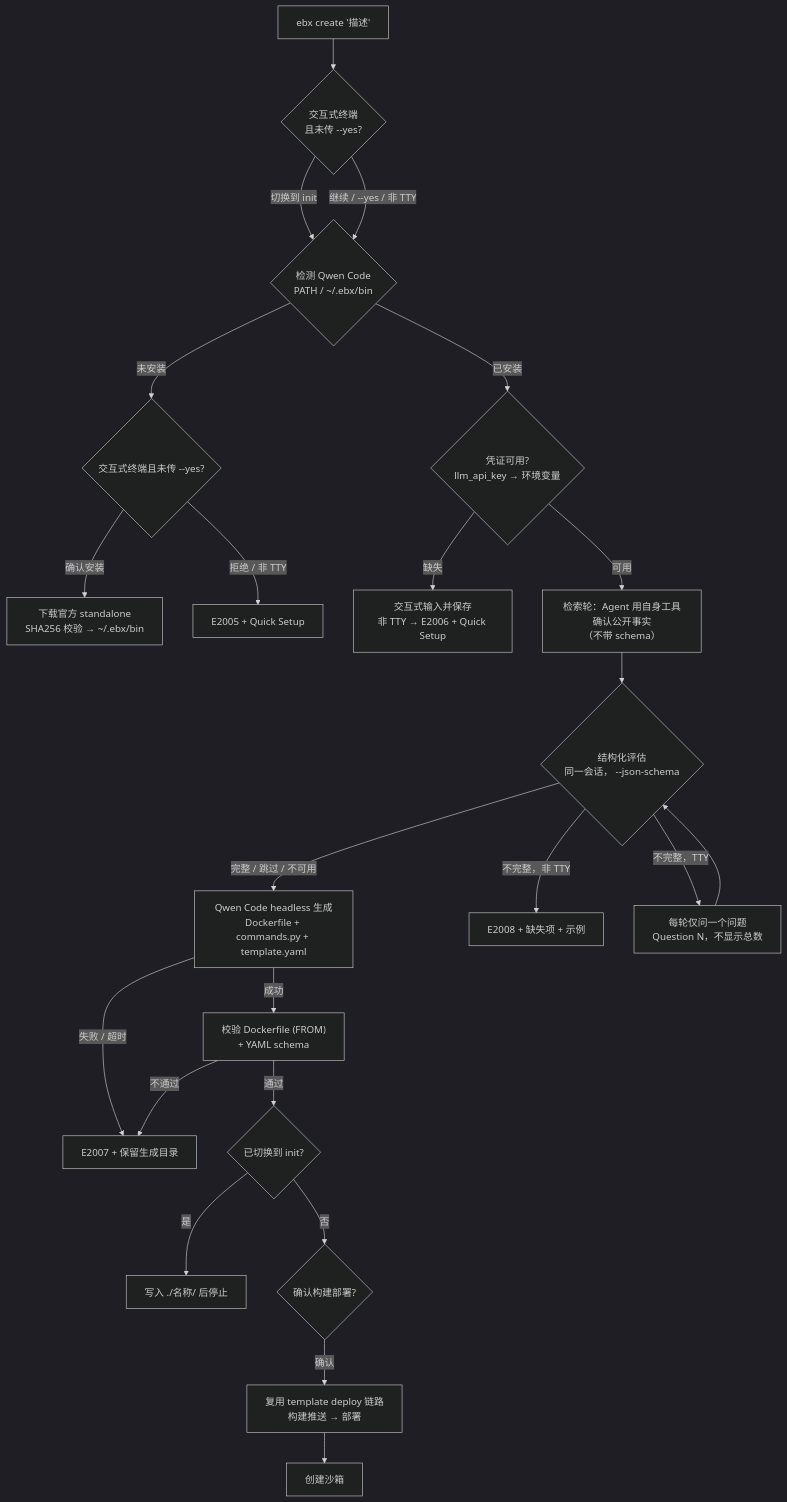
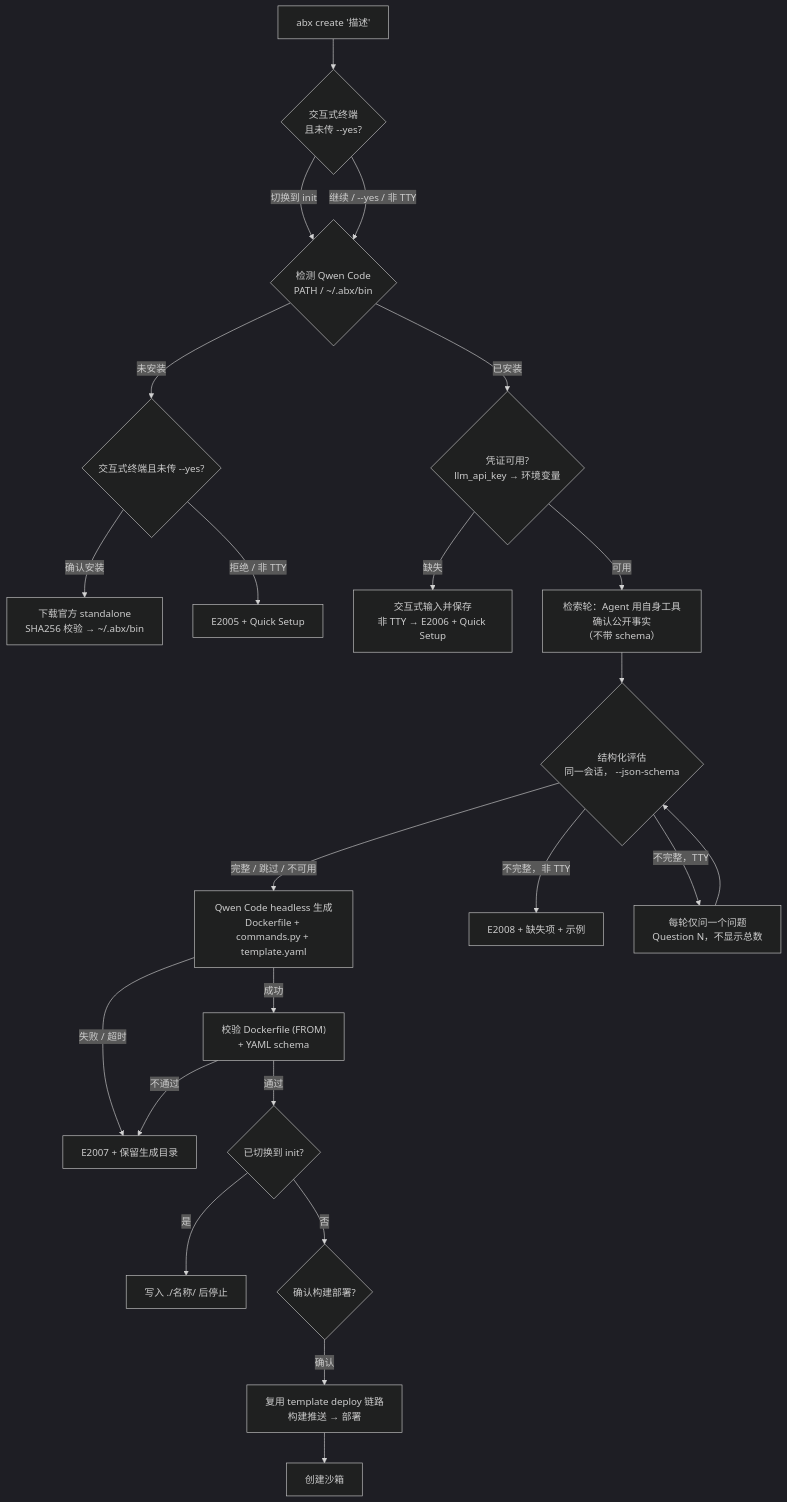
The second of 2 diagrams in docs/zh/design/cli-design.md (Alibaba-Agent-Sandbox/agent-sandbox), drawn with Mermaid (dark theme) before and after one commit. The commit also changed other lines of this file and 644 other files, not shown here.

````diff
--- a/docs/zh/design/cli-design.md
+++ b/docs/zh/design/cli-design.md
@@ -158,25 +153,25 @@
 ```mermaid
 graph TD
-    Input["ebx create '描述'"] --> Scope{"交互式终端<br/>且未传 --yes?"}
+    Input["abx create '描述'"] --> Scope{"交互式终端<br/>且未传 --yes?"}
     Scope -- "切换到 init" --> Find
-    Scope -- "继续 / --yes / 非 TTY" --> Find{"检测 Qwen Code<br/>PATH / ~/.ebx/bin"}
+    Scope -- "继续 / --yes / 非 TTY" --> Find{"检测 Qwen Code<br/>PATH / ~/.abx/bin"}
     Find -- 未安装 --> Install{"交互式终端且未传 --yes?"}
-    Install -- 确认安装 --> Download["下载官方 standalone<br/>SHA256 校验 → ~/.ebx/bin"]
+    Install -- 确认安装 --> Download["下载官方 standalone<br/>SHA256 校验 → ~/.abx/bin"]
     Install -- 拒绝 / 非 TTY --> E2005["E2005 + Quick Setup"]
     Find -- 已安装 --> Creds{"凭证可用?<br/>llm_api_key → 环境变量"}
     Creds -- 缺失 --> Prompt["交互式输入并保存<br/>非 TTY → E2006 + Quick Setup"]
     Creds -- 可用 --> Research["检索轮：Agent 用自身工具确认公开事实<br/>（不带 schema）"]
     Research --> Assess{"结构化评估<br/>同一会话， --json-schema"}
     Assess -- "完整 / 跳过 / 不可用" --> Generate["Qwen Code headless 生成<br/>Dockerfile + commands.py + template.yaml"]
     Assess -- "不完整，非 TTY" --> E2008["E2008 + 缺失项 + 示例"]
     Assess -- "不完整，TTY" --> Ask["每轮仅问一个问题<br/>Question N，不显示总数"]
     Ask --> Assess
     Generate -- 成功 --> Verify["校验 Dockerfile (FROM)<br/>+ YAML schema"]
     Generate -- 失败 / 超时 --> E2007["E2007 + 保留生成目录"]
     Verify -- 通过 --> Gate{"已切换到 init?"}
     Gate -- 是 --> Local["写入 ./名称/ 后停止"]
     Gate -- 否 --> Confirm{"确认构建部署?"}
     Confirm -- 确认 --> Deploy["复用 template deploy 链路<br/>构建推送 → 部署"]
     Deploy --> Create["创建沙箱"]
     Verify -- 不通过 --> E2007
 ```
````
